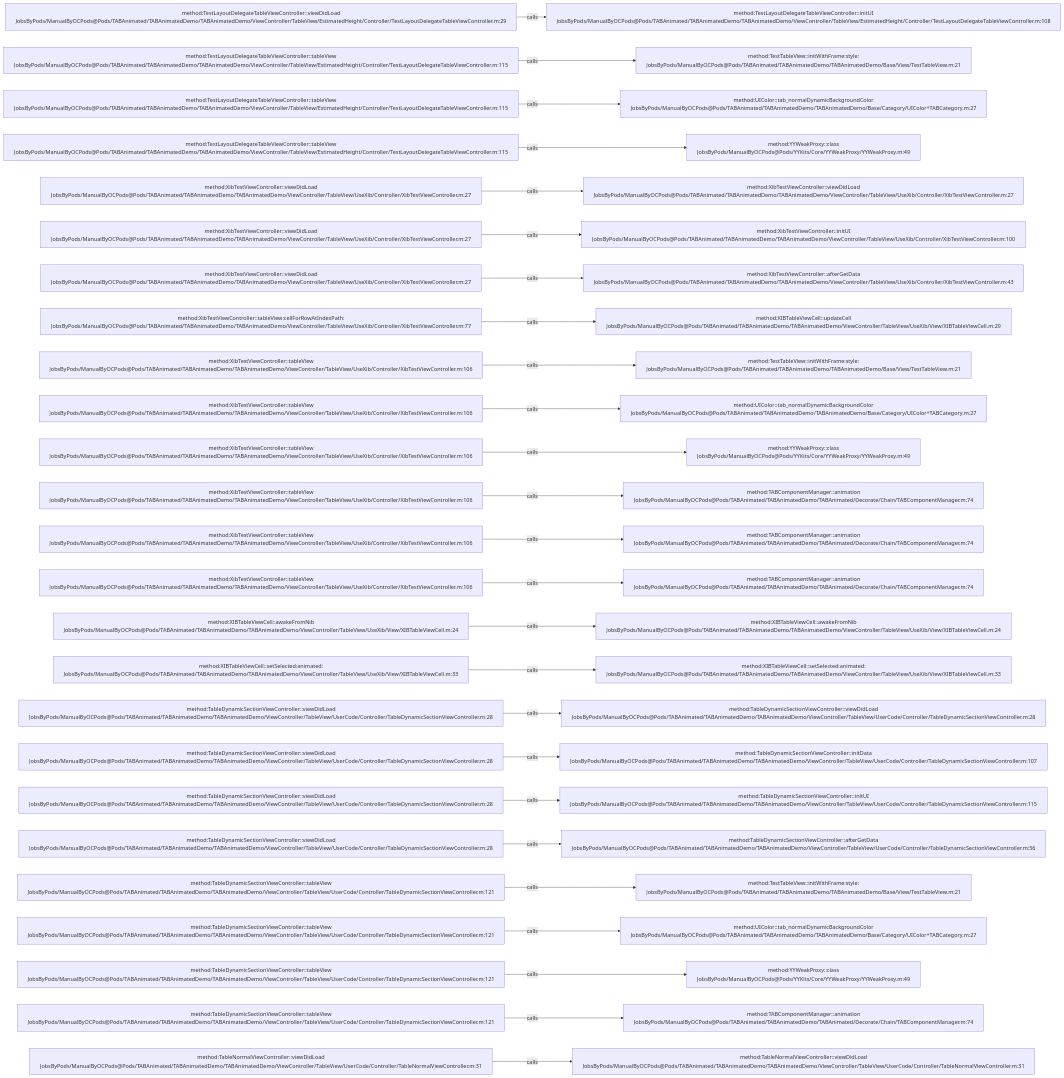
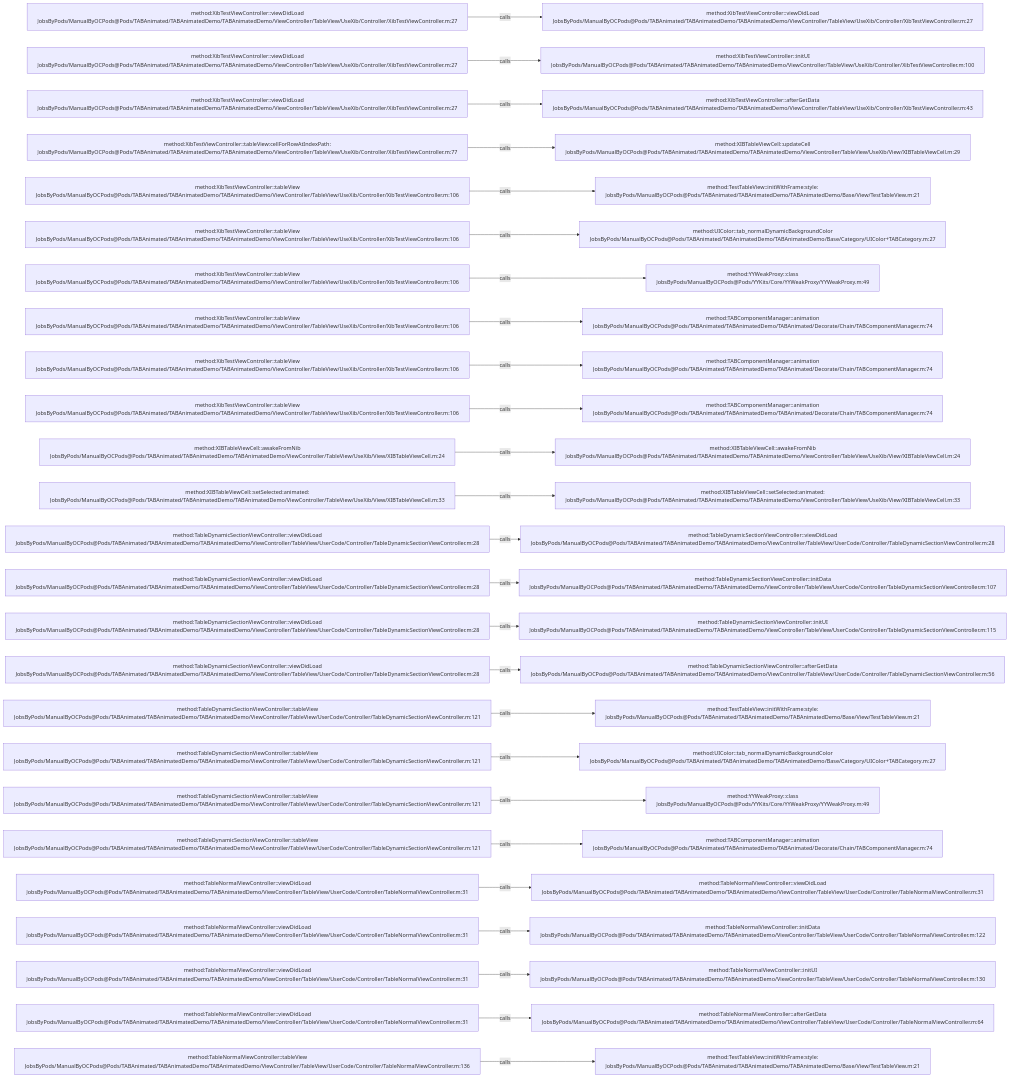
One commit to JobsKits/JobsOCBaseConfigDemo changed the diagram in .codegraph/codegraph.md/graphs/calls-062.md. Above: the diagram before and after it, drawn with Mermaid. The commit also changed 727 other files, not shown here.

````diff
--- a/.codegraph/codegraph.md/graphs/calls-062.md
+++ b/.codegraph/codegraph.md/graphs/calls-062.md
@@ -13,78 +13,78 @@
 ```mermaid
 flowchart LR
-  S1["method:TestLayoutDelegateTableViewController::viewDidLoad<br/>JobsByPods/ManualByOCPods@Pods/TABAnimated/TABAnimatedDemo/TABAnimatedDemo/ViewController/TableView/EstimatedHeight/Controller/TestLayoutDelegateTableViewController.m:29"]
-  T1["method:TestLayoutDelegateTableViewController::initUI<br/>JobsByPods/ManualByOCPods@Pods/TABAnimated/TABAnimatedDemo/TABAnimatedDemo/ViewController/TableView/EstimatedHeight/Controller/TestLayoutDelegateTableViewController.m:108"]
+  S1["method:XibTestViewController::viewDidLoad<br/>JobsByPods/ManualByOCPods@Pods/TABAnimated/TABAnimatedDemo/TABAnimatedDemo/ViewController/TableView/UseXib/Controller/XibTestViewController.m:27"]
+  T1["method:XibTestViewController::viewDidLoad<br/>JobsByPods/ManualByOCPods@Pods/TABAnimated/TABAnimatedDemo/TABAnimatedDemo/ViewController/TableView/UseXib/Controller/XibTestViewController.m:27"]
   S1 -->|calls| T1
-  S2["method:TestLayoutDelegateTableViewController::tableView<br/>JobsByPods/ManualByOCPods@Pods/TABAnimated/TABAnimatedDemo/TABAnimatedDemo/ViewController/TableView/EstimatedHeight/Controller/TestLayoutDelegateTableViewController.m:115"]
-  T2["method:TestTableView::initWithFrame:style:<br/>JobsByPods/ManualByOCPods@Pods/TABAnimated/TABAnimatedDemo/TABAnimatedDemo/Base/View/TestTableView.m:21"]
+  S2["method:XibTestViewController::viewDidLoad<br/>JobsByPods/ManualByOCPods@Pods/TABAnimated/TABAnimatedDemo/TABAnimatedDemo/ViewController/TableView/UseXib/Controller/XibTestViewController.m:27"]
+  T2["method:XibTestViewController::initUI<br/>JobsByPods/ManualByOCPods@Pods/TABAnimated/TABAnimatedDemo/TABAnimatedDemo/ViewController/TableView/UseXib/Controller/XibTestViewController.m:100"]
   S2 -->|calls| T2
-  S3["method:TestLayoutDelegateTableViewController::tableView<br/>JobsByPods/ManualByOCPods@Pods/TABAnimated/TABAnimatedDemo/TABAnimatedDemo/ViewController/TableView/EstimatedHeight/Controller/TestLayoutDelegateTableViewController.m:115"]
-  T3["method:UIColor::tab_normalDynamicBackgroundColor<br/>JobsByPods/ManualByOCPods@Pods/TABAnimated/TABAnimatedDemo/TABAnimatedDemo/Base/Category/UIColor+TABCategory.m:27"]
+  S3["method:XibTestViewController::viewDidLoad<br/>JobsByPods/ManualByOCPods@Pods/TABAnimated/TABAnimatedDemo/TABAnimatedDemo/ViewController/TableView/UseXib/Controller/XibTestViewController.m:27"]
+  T3["method:XibTestViewController::afterGetData<br/>JobsByPods/ManualByOCPods@Pods/TABAnimated/TABAnimatedDemo/TABAnimatedDemo/ViewController/TableView/UseXib/Controller/XibTestViewController.m:43"]
   S3 -->|calls| T3
-  S4["method:TestLayoutDelegateTableViewController::tableView<br/>JobsByPods/ManualByOCPods@Pods/TABAnimated/TABAnimatedDemo/TABAnimatedDemo/ViewController/TableView/EstimatedHeight/Controller/TestLayoutDelegateTableViewController.m:115"]
-  T4["method:YYWeakProxy::class<br/>JobsByPods/ManualByOCPods@Pods/YYKits/Core/YYWeakProxy/YYWeakProxy.m:49"]
+  S4["method:XibTestViewController::tableView:cellForRowAtIndexPath:<br/>JobsByPods/ManualByOCPods@Pods/TABAnimated/TABAnimatedDemo/TABAnimatedDemo/ViewController/TableView/UseXib/Controller/XibTestViewController.m:77"]
+  T4["method:XIBTableViewCell::updateCell<br/>JobsByPods/ManualByOCPods@Pods/TABAnimated/TABAnimatedDemo/TABAnimatedDemo/ViewController/TableView/UseXib/View/XIBTableViewCell.m:29"]
   S4 -->|calls| T4
-  S5["method:XibTestViewController::viewDidLoad<br/>JobsByPods/ManualByOCPods@Pods/TABAnimated/TABAnimatedDemo/TABAnimatedDemo/ViewController/TableView/UseXib/Controller/XibTestViewController.m:27"]
-  T5["method:XibTestViewController::viewDidLoad<br/>JobsByPods/ManualByOCPods@Pods/TABAnimated/TABAnimatedDemo/TABAnimatedDemo/ViewController/TableView/UseXib/Controller/XibTestViewController.m:27"]
+  S5["method:XibTestViewController::tableView<br/>JobsByPods/ManualByOCPods@Pods/TABAnimated/TABAnimatedDemo/TABAnimatedDemo/ViewController/TableView/UseXib/Controller/XibTestViewController.m:106"]
+  T5["method:TestTableView::initWithFrame:style:<br/>JobsByPods/ManualByOCPods@Pods/TABAnimated/TABAnimatedDemo/TABAnimatedDemo/Base/View/TestTableView.m:21"]
   S5 -->|calls| T5
-  S6["method:XibTestViewController::viewDidLoad<br/>JobsByPods/ManualByOCPods@Pods/TABAnimated/TABAnimatedDemo/TABAnimatedDemo/ViewController/TableView/UseXib/Controller/XibTestViewController.m:27"]
-  T6["method:XibTestViewController::initUI<br/>JobsByPods/ManualByOCPods@Pods/TABAnimated/TABAnimatedDemo/TABAnimatedDemo/ViewController/TableView/UseXib/Controller/XibTestViewController.m:100"]
+  S6["method:XibTestViewController::tableView<br/>JobsByPods/ManualByOCPods@Pods/TABAnimated/TABAnimatedDemo/TABAnimatedDemo/ViewController/TableView/UseXib/Controller/XibTestViewController.m:106"]
+  T6["method:UIColor::tab_normalDynamicBackgroundColor<br/>JobsByPods/ManualByOCPods@Pods/TABAnimated/TABAnimatedDemo/TABAnimatedDemo/Base/Category/UIColor+TABCategory.m:27"]
   S6 -->|calls| T6
-  S7["method:XibTestViewController::viewDidLoad<br/>JobsByPods/ManualByOCPods@Pods/TABAnimated/TABAnimatedDemo/TABAnimatedDemo/ViewController/TableView/UseXib/Controller/XibTestViewController.m:27"]
-  T7["method:XibTestViewController::afterGetData<br/>JobsByPods/ManualByOCPods@Pods/TABAnimated/TABAnimatedDemo/TABAnimatedDemo/ViewController/TableView/UseXib/Controller/XibTestViewController.m:43"]
+  S7["method:XibTestViewController::tableView<br/>JobsByPods/ManualByOCPods@Pods/TABAnimated/TABAnimatedDemo/TABAnimatedDemo/ViewController/TableView/UseXib/Controller/XibTestViewController.m:106"]
+  T7["method:YYWeakProxy::class<br/>JobsByPods/ManualByOCPods@Pods/YYKits/Core/YYWeakProxy/YYWeakProxy.m:49"]
   S7 -->|calls| T7
-  S8["method:XibTestViewController::tableView:cellForRowAtIndexPath:<br/>JobsByPods/ManualByOCPods@Pods/TABAnimated/TABAnimatedDemo/TABAnimatedDemo/ViewController/TableView/UseXib/Controller/XibTestViewController.m:77"]
-  T8["method:XIBTableViewCell::updateCell<br/>JobsByPods/ManualByOCPods@Pods/TABAnimated/TABAnimatedDemo/TABAnimatedDemo/ViewController/TableView/UseXib/View/XIBTableViewCell.m:29"]
+  S8["method:XibTestViewController::tableView<br/>JobsByPods/ManualByOCPods@Pods/TABAnimated/TABAnimatedDemo/TABAnimatedDemo/ViewController/TableView/UseXib/Controller/XibTestViewController.m:106"]
+  T8["method:TABComponentManager::animation<br/>JobsByPods/ManualByOCPods@Pods/TABAnimated/TABAnimatedDemo/TABAnimated/Decorate/Chain/TABComponentManager.m:74"]
   S8 -->|calls| T8
   S9["method:XibTestViewController::tableView<br/>JobsByPods/ManualByOCPods@Pods/TABAnimated/TABAnimatedDemo/TABAnimatedDemo/ViewController/TableView/UseXib/Controller/XibTestViewController.m:106"]
-  T9["method:TestTableView::initWithFrame:style:<br/>JobsByPods/ManualByOCPods@Pods/TABAnimated/TABAnimatedDemo/TABAnimatedDemo/Base/View/TestTableView.m:21"]
+  T9["method:TABComponentManager::animation<br/>JobsByPods/ManualByOCPods@Pods/TABAnimated/TABAnimatedDemo/TABAnimated/Decorate/Chain/TABComponentManager.m:74"]
   S9 -->|calls| T9
   S10["method:XibTestViewController::tableView<br/>JobsByPods/ManualByOCPods@Pods/TABAnimated/TABAnimatedDemo/TABAnimatedDemo/ViewController/TableView/UseXib/Controller/XibTestViewController.m:106"]
-  T10["method:UIColor::tab_normalDynamicBackgroundColor<br/>JobsByPods/ManualByOCPods@Pods/TABAnimated/TABAnimatedDemo/TABAnimatedDemo/Base/Category/UIColor+TABCategory.m:27"]
+  T10["method:TABComponentManager::animation<br/>JobsByPods/ManualByOCPods@Pods/TABAnimated/TABAnimatedDemo/TABAnimated/Decorate/Chain/TABComponentManager.m:74"]
   S10 -->|calls| T10
-  S11["method:XibTestViewController::tableView<br/>JobsByPods/ManualByOCPods@Pods/TABAnimated/TABAnimatedDemo/TABAnimatedDemo/ViewController/TableView/UseXib/Controller/XibTestViewController.m:106"]
-  T11["method:YYWeakProxy::class<br/>JobsByPods/ManualByOCPods@Pods/YYKits/Core/YYWeakProxy/YYWeakProxy.m:49"]
+  S11["method:XIBTableViewCell::awakeFromNib<br/>JobsByPods/ManualByOCPods@Pods/TABAnimated/TABAnimatedDemo/TABAnimatedDemo/ViewController/TableView/UseXib/View/XIBTableViewCell.m:24"]
+  T11["method:XIBTableViewCell::awakeFromNib<br/>JobsByPods/ManualByOCPods@Pods/TABAnimated/TABAnimatedDemo/TABAnimatedDemo/ViewController/TableView/UseXib/View/XIBTableViewCell.m:24"]
   S11 -->|calls| T11
-  S12["method:XibTestViewController::tableView<br/>JobsByPods/ManualByOCPods@Pods/TABAnimated/TABAnimatedDemo/TABAnimatedDemo/ViewController/TableView/UseXib/Controller/XibTestViewController.m:106"]
-  T12["method:TABComponentManager::animation<br/>JobsByPods/ManualByOCPods@Pods/TABAnimated/TABAnimatedDemo/TABAnimated/Decorate/Chain/TABComponentManager.m:74"]
+  S12["method:XIBTableViewCell::setSelected:animated:<br/>JobsByPods/ManualByOCPods@Pods/TABAnimated/TABAnimatedDemo/TABAnimatedDemo/ViewController/TableView/UseXib/View/XIBTableViewCell.m:33"]
+  T12["method:XIBTableViewCell::setSelected:animated:<br/>JobsByPods/ManualByOCPods@Pods/TABAnimated/TABAnimatedDemo/TABAnimatedDemo/ViewController/TableView/UseXib/View/XIBTableViewCell.m:33"]
   S12 -->|calls| T12
-  S13["method:XibTestViewController::tableView<br/>JobsByPods/ManualByOCPods@Pods/TABAnimated/TABAnimatedDemo/TABAnimatedDemo/ViewController/TableView/UseXib/Controller/XibTestViewController.m:106"]
-  T13["method:TABComponentManager::animation<br/>JobsByPods/ManualByOCPods@Pods/TABAnimated/TABAnimatedDemo/TABAnimated/Decorate/Chain/TABComponentManager.m:74"]
+  S13["method:TableDynamicSectionViewController::viewDidLoad<br/>JobsByPods/ManualByOCPods@Pods/TABAnimated/TABAnimatedDemo/TABAnimatedDemo/ViewController/TableView/UserCode/Controller/TableDynamicSectionViewController.m:28"]
+  T13["method:TableDynamicSectionViewController::viewDidLoad<br/>JobsByPods/ManualByOCPods@Pods/TABAnimated/TABAnimatedDemo/TABAnimatedDemo/ViewController/TableView/UserCode/Controller/TableDynamicSectionViewController.m:28"]
   S13 -->|calls| T13
-  S14["method:XibTestViewController::tableView<br/>JobsByPods/ManualByOCPods@Pods/TABAnimated/TABAnimatedDemo/TABAnimatedDemo/ViewController/TableView/UseXib/Controller/XibTestViewController.m:106"]
-  T14["method:TABComponentManager::animation<br/>JobsByPods/ManualByOCPods@Pods/TABAnimated/TABAnimatedDemo/TABAnimated/Decorate/Chain/TABComponentManager.m:74"]
+  S14["method:TableDynamicSectionViewController::viewDidLoad<br/>JobsByPods/ManualByOCPods@Pods/TABAnimated/TABAnimatedDemo/TABAnimatedDemo/ViewController/TableView/UserCode/Controller/TableDynamicSectionViewController.m:28"]
+  T14["method:TableDynamicSectionViewController::initData<br/>JobsByPods/ManualByOCPods@Pods/TABAnimated/TABAnimatedDemo/TABAnimatedDemo/ViewController/TableView/UserCode/Controller/TableDynamicSectionViewController.m:107"]
   S14 -->|calls| T14
-  S15["method:XIBTableViewCell::awakeFromNib<br/>JobsByPods/ManualByOCPods@Pods/TABAnimated/TABAnimatedDemo/TABAnimatedDemo/ViewController/TableView/UseXib/View/XIBTableViewCell.m:24"]
-  T15["method:XIBTableViewCell::awakeFromNib<br/>JobsByPods/ManualByOCPods@Pods/TABAnimated/TABAnimatedDemo/TABAnimatedDemo/ViewController/TableView/UseXib/View/XIBTableViewCell.m:24"]
+  S15["method:TableDynamicSectionViewController::viewDidLoad<br/>JobsByPods/ManualByOCPods@Pods/TABAnimated/TABAnimatedDemo/TABAnimatedDemo/ViewController/TableView/UserCode/Controller/TableDynamicSectionViewController.m:28"]
+  T15["method:TableDynamicSectionViewController::initUI<br/>JobsByPods/ManualByOCPods@Pods/TABAnimated/TABAnimatedDemo/TABAnimatedDemo/ViewController/TableView/UserCode/Controller/TableDynamicSectionViewController.m:115"]
   S15 -->|calls| T15
-  S16["method:XIBTableViewCell::setSelected:animated:<br/>JobsByPods/ManualByOCPods@Pods/TABAnimated/TABAnimatedDemo/TABAnimatedDemo/ViewController/TableView/UseXib/View/XIBTableViewCell.m:33"]
-  T16["method:XIBTableViewCell::setSelected:animated:<br/>JobsByPods/ManualByOCPods@Pods/TABAnimated/TABAnimatedDemo/TABAnimatedDemo/ViewController/TableView/UseXib/View/XIBTableViewCell.m:33"]
+  S16["method:TableDynamicSectionViewController::viewDidLoad<br/>JobsByPods/ManualByOCPods@Pods/TABAnimated/TABAnimatedDemo/TABAnimatedDemo/ViewController/TableView/UserCode/Controller/TableDynamicSectionViewController.m:28"]
+  T16["method:TableDynamicSectionViewController::afterGetData<br/>JobsByPods/ManualByOCPods@Pods/TABAnimated/TABAnimatedDemo/TABAnimatedDemo/ViewController/TableView/UserCode/Controller/TableDynamicSectionViewController.m:56"]
   S16 -->|calls| T16
-  S17["method:TableDynamicSectionViewController::viewDidLoad<br/>JobsByPods/ManualByOCPods@Pods/TABAnimated/TABAnimatedDemo/TABAnimatedDemo/ViewController/TableView/UserCode/Controller/TableDynamicSectionViewController.m:28"]
-  T17["method:TableDynamicSectionViewController::viewDidLoad<br/>JobsByPods/ManualByOCPods@Pods/TABAnimated/TABAnimatedDemo/TABAnimatedDemo/ViewController/TableView/UserCode/Controller/TableDynamicSectionViewController.m:28"]
+  S17["method:TableDynamicSectionViewController::tableView<br/>JobsByPods/ManualByOCPods@Pods/TABAnimated/TABAnimatedDemo/TABAnimatedDemo/ViewController/TableView/UserCode/Controller/TableDynamicSectionViewController.m:121"]
+  T17["method:TestTableView::initWithFrame:style:<br/>JobsByPods/ManualByOCPods@Pods/TABAnimated/TABAnimatedDemo/TABAnimatedDemo/Base/View/TestTableView.m:21"]
   S17 -->|calls| T17
-  S18["method:TableDynamicSectionViewController::viewDidLoad<br/>JobsByPods/ManualByOCPods@Pods/TABAnimated/TABAnimatedDemo/TABAnimatedDemo/ViewController/TableView/UserCode/Controller/TableDynamicSectionViewController.m:28"]
-  T18["method:TableDynamicSectionViewController::initData<br/>JobsByPods/ManualByOCPods@Pods/TABAnimated/TABAnimatedDemo/TABAnimatedDemo/ViewController/TableView/UserCode/Controller/TableDynamicSectionViewController.m:107"]
+  S18["method:TableDynamicSectionViewController::tableView<br/>JobsByPods/ManualByOCPods@Pods/TABAnimated/TABAnimatedDemo/TABAnimatedDemo/ViewController/TableView/UserCode/Controller/TableDynamicSectionViewController.m:121"]
+  T18["method:UIColor::tab_normalDynamicBackgroundColor<br/>JobsByPods/ManualByOCPods@Pods/TABAnimated/TABAnimatedDemo/TABAnimatedDemo/Base/Category/UIColor+TABCategory.m:27"]
   S18 -->|calls| T18
-  S19["method:TableDynamicSectionViewController::viewDidLoad<br/>JobsByPods/ManualByOCPods@Pods/TABAnimated/TABAnimatedDemo/TABAnimatedDemo/ViewController/TableView/UserCode/Controller/TableDynamicSectionViewController.m:28"]
-  T19["method:TableDynamicSectionViewController::initUI<br/>JobsByPods/ManualByOCPods@Pods/TABAnimated/TABAnimatedDemo/TABAnimatedDemo/ViewController/TableView/UserCode/Controller/TableDynamicSectionViewController.m:115"]
+  S19["method:TableDynamicSectionViewController::tableView<br/>JobsByPods/ManualByOCPods@Pods/TABAnimated/TABAnimatedDemo/TABAnimatedDemo/ViewController/TableView/UserCode/Controller/TableDynamicSectionViewController.m:121"]
+  T19["method:YYWeakProxy::class<br/>JobsByPods/ManualByOCPods@Pods/YYKits/Core/YYWeakProxy/YYWeakProxy.m:49"]
   S19 -->|calls| T19
-  S20["method:TableDynamicSectionViewController::viewDidLoad<br/>JobsByPods/ManualByOCPods@Pods/TABAnimated/TABAnimatedDemo/TABAnimatedDemo/ViewController/TableView/UserCode/Controller/TableDynamicSectionViewController.m:28"]
-  T20["method:TableDynamicSectionViewController::afterGetData<br/>JobsByPods/ManualByOCPods@Pods/TABAnimated/TABAnimatedDemo/TABAnimatedDemo/ViewController/TableView/UserCode/Controller/TableDynamicSectionViewController.m:56"]
+  S20["method:TableDynamicSectionViewController::tableView<br/>JobsByPods/ManualByOCPods@Pods/TABAnimated/TABAnimatedDemo/TABAnimatedDemo/ViewController/TableView/UserCode/Controller/TableDynamicSectionViewController.m:121"]
+  T20["method:TABComponentManager::animation<br/>JobsByPods/ManualByOCPods@Pods/TABAnimated/TABAnimatedDemo/TABAnimated/Decorate/Chain/TABComponentManager.m:74"]
   S20 -->|calls| T20
-  S21["method:TableDynamicSectionViewController::tableView<br/>JobsByPods/ManualByOCPods@Pods/TABAnimated/TABAnimatedDemo/TABAnimatedDemo/ViewController/TableView/UserCode/Controller/TableDynamicSectionViewController.m:121"]
-  T21["method:TestTableView::initWithFrame:style:<br/>JobsByPods/ManualByOCPods@Pods/TABAnimated/TABAnimatedDemo/TABAnimatedDemo/Base/View/TestTableView.m:21"]
+  S21["method:TableNormalViewController::viewDidLoad<br/>JobsByPods/ManualByOCPods@Pods/TABAnimated/TABAnimatedDemo/TABAnimatedDemo/ViewController/TableView/UserCode/Controller/TableNormalViewController.m:31"]
+  T21["method:TableNormalViewController::viewDidLoad<br/>JobsByPods/ManualByOCPods@Pods/TABAnimated/TABAnimatedDemo/TABAnimatedDemo/ViewController/TableView/UserCode/Controller/TableNormalViewController.m:31"]
   S21 -->|calls| T21
-  S22["method:TableDynamicSectionViewController::tableView<br/>JobsByPods/ManualByOCPods@Pods/TABAnimated/TABAnimatedDemo/TABAnimatedDemo/ViewController/TableView/UserCode/Controller/TableDynamicSectionViewController.m:121"]
-  T22["method:UIColor::tab_normalDynamicBackgroundColor<br/>JobsByPods/ManualByOCPods@Pods/TABAnimated/TABAnimatedDemo/TABAnimatedDemo/Base/Category/UIColor+TABCategory.m:27"]
+  S22["method:TableNormalViewController::viewDidLoad<br/>JobsByPods/ManualByOCPods@Pods/TABAnimated/TABAnimatedDemo/TABAnimatedDemo/ViewController/TableView/UserCode/Controller/TableNormalViewController.m:31"]
+  T22["method:TableNormalViewController::initData<br/>JobsByPods/ManualByOCPods@Pods/TABAnimated/TABAnimatedDemo/TABAnimatedDemo/ViewController/TableView/UserCode/Controller/TableNormalViewController.m:122"]
   S22 -->|calls| T22
-  S23["method:TableDynamicSectionViewController::tableView<br/>JobsByPods/ManualByOCPods@Pods/TABAnimated/TABAnimatedDemo/TABAnimatedDemo/ViewController/TableView/UserCode/Controller/TableDynamicSectionViewController.m:121"]
-  T23["method:YYWeakProxy::class<br/>JobsByPods/ManualByOCPods@Pods/YYKits/Core/YYWeakProxy/YYWeakProxy.m:49"]
+  S23["method:TableNormalViewController::viewDidLoad<br/>JobsByPods/ManualByOCPods@Pods/TABAnimated/TABAnimatedDemo/TABAnimatedDemo/ViewController/TableView/UserCode/Controller/TableNormalViewController.m:31"]
+  T23["method:TableNormalViewController::initUI<br/>JobsByPods/ManualByOCPods@Pods/TABAnimated/TABAnimatedDemo/TABAnimatedDemo/ViewController/TableView/UserCode/Controller/TableNormalViewController.m:130"]
   S23 -->|calls| T23
-  S24["method:TableDynamicSectionViewController::tableView<br/>JobsByPods/ManualByOCPods@Pods/TABAnimated/TABAnimatedDemo/TABAnimatedDemo/ViewController/TableView/UserCode/Controller/TableDynamicSectionViewController.m:121"]
-  T24["method:TABComponentManager::animation<br/>JobsByPods/ManualByOCPods@Pods/TABAnimated/TABAnimatedDemo/TABAnimated/Decorate/Chain/TABComponentManager.m:74"]
+  S24["method:TableNormalViewController::viewDidLoad<br/>JobsByPods/ManualByOCPods@Pods/TABAnimated/TABAnimatedDemo/TABAnimatedDemo/ViewController/TableView/UserCode/Controller/TableNormalViewController.m:31"]
+  T24["method:TableNormalViewController::afterGetData<br/>JobsByPods/ManualByOCPods@Pods/TABAnimated/TABAnimatedDemo/TABAnimatedDemo/ViewController/TableView/UserCode/Controller/TableNormalViewController.m:64"]
   S24 -->|calls| T24
-  S25["method:TableNormalViewController::viewDidLoad<br/>JobsByPods/ManualByOCPods@Pods/TABAnimated/TABAnimatedDemo/TABAnimatedDemo/ViewController/TableView/UserCode/Controller/TableNormalViewController.m:31"]
-  T25["method:TableNormalViewController::viewDidLoad<br/>JobsByPods/ManualByOCPods@Pods/TABAnimated/TABAnimatedDemo/TABAnimatedDemo/ViewController/TableView/UserCode/Controller/TableNormalViewController.m:31"]
+  S25["method:TableNormalViewController::tableView<br/>JobsByPods/ManualByOCPods@Pods/TABAnimated/TABAnimatedDemo/TABAnimatedDemo/ViewController/TableView/UserCode/Controller/TableNormalViewController.m:136"]
+  T25["method:TestTableView::initWithFrame:style:<br/>JobsByPods/ManualByOCPods@Pods/TABAnimated/TABAnimatedDemo/TABAnimatedDemo/Base/View/TestTableView.m:21"]
   S25 -->|calls| T25
 ```
````
